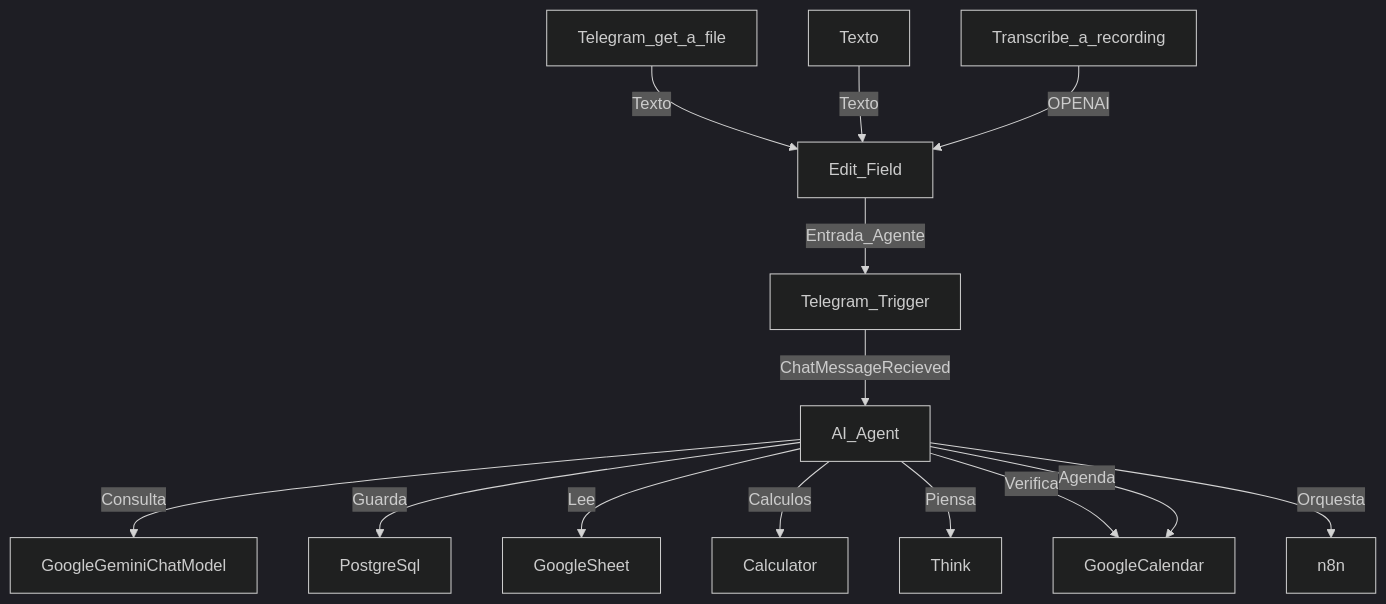
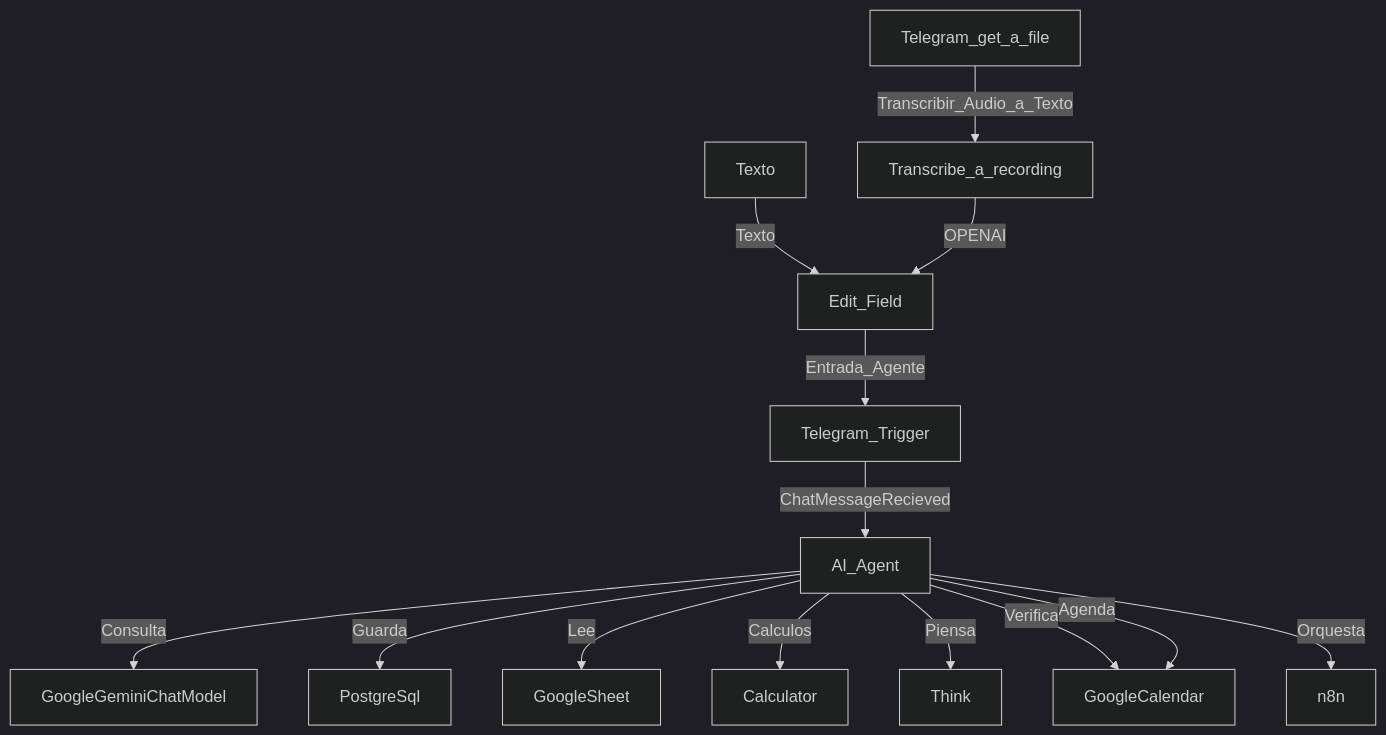
Before and after one commit to liusvani/ia-agent-n8n-telegram: the diagram in README.md, drawn with Mermaid (dark theme).

Commit message:
README.md

````diff
--- a/README.md
+++ b/README.md
@@ -25,16 +25,16 @@
 ```mermaid
 graph TD   
-    Telegram_get_a_file -->|Texto| Edit_Field 
+    Telegram_get_a_file -->|Transcribir_Audio_a_Texto| Transcribe_a_recording
     Texto -->|Texto| Edit_Field
     Transcribe_a_recording -->|OPENAI| Edit_Field
     Edit_Field -->|Entrada_Agente| Telegram_Trigger
     Telegram_Trigger -->|ChatMessageRecieved| AI_Agent
     AI_Agent -->|Consulta| GoogleGeminiChatModel
     AI_Agent -->|Guarda| PostgreSql
     AI_Agent -->|Lee| GoogleSheet
     AI_Agent -->|Calculos| Calculator
     AI_Agent -->|Piensa| Think
     AI_Agent -->|Verifica| GoogleCalendar
     AI_Agent -->|Agenda| GoogleCalendar    
     AI_Agent -->|Orquesta| n8n
 ```
````
